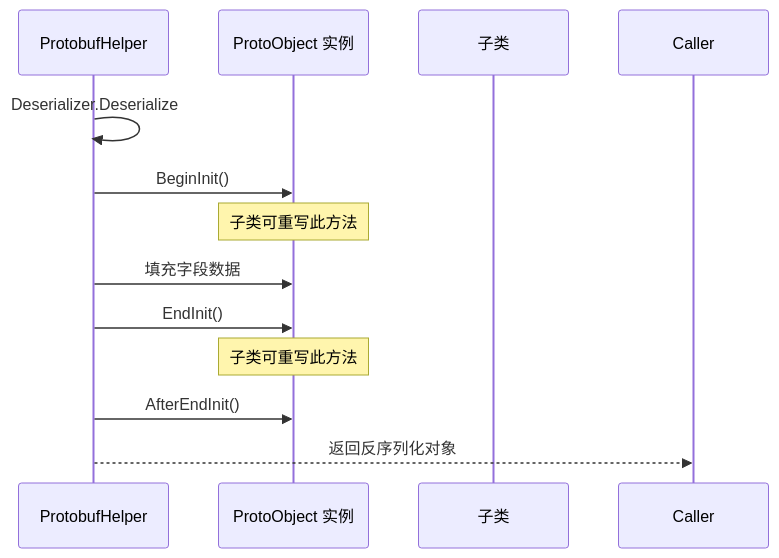
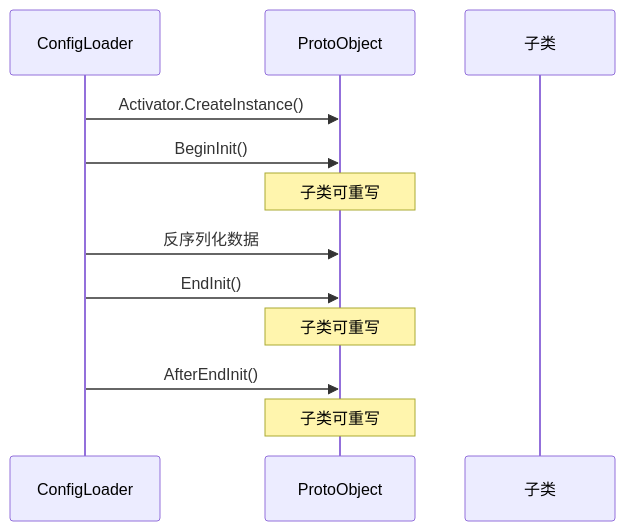
Before and after one commit to acsta/Container: the first of 3 diagrams in Assets/Scripts/Code/Module/Config/ProtoObject.cs.md, drawn with Mermaid. The commit also changed other lines of this file and 9 other files, not shown here.

````diff
--- a/Assets/Scripts/Code/Module/Config/ProtoObject.cs.md
+++ b/Assets/Scripts/Code/Module/Config/ProtoObject.cs.md
@@ -243,15 +221,15 @@
 ```mermaid
 sequenceDiagram
-    participant PH as ProtobufHelper
-    participant PO as ProtoObject 实例
-    participant SubClass as 子类
-    
-    PH->>PH: Deserializer.Deserialize
-    PH->>PO: BeginInit()
-    Note over PO: 子类可重写此方法
-    PH->>PO: 填充字段数据
-    PH->>PO: EndInit()
-    Note over PO: 子类可重写此方法
-    PH->>PO: AfterEndInit()
-    PH-->>Caller: 返回反序列化对象
+    participant Loader as ConfigLoader
+    participant PO as ProtoObject
+    participant Sub as 子类
+
+    Loader->>PO: Activator.CreateInstance()
+    Loader->>PO: BeginInit()
+    Note over PO: 子类可重写
+    Loader->>PO: 反序列化数据
+    Loader->>PO: EndInit()
+    Note over PO: 子类可重写
+    Loader->>PO: AfterEndInit()
+    Note over PO: 子类可重写
 ```
````
